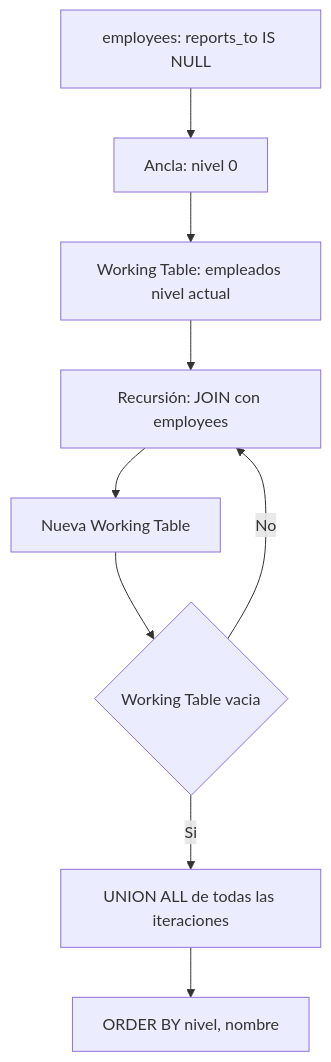
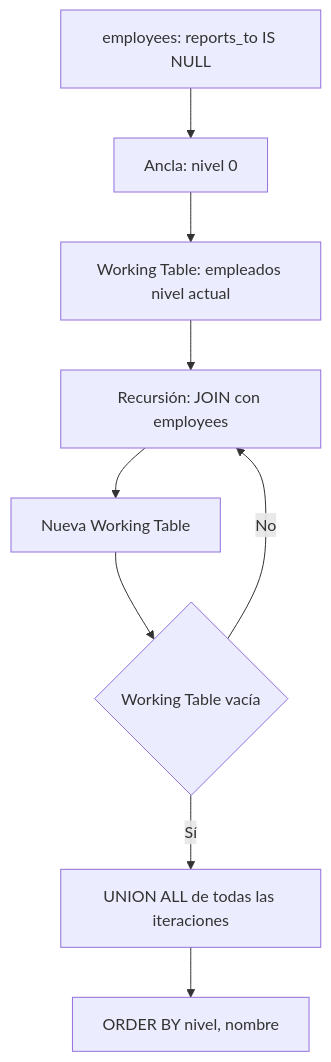
Diagram 11 of 50 in Lab/Lab01/Ejercicios/3.avanzado.md (Slinkter/ApuntesSQL), drawn with Mermaid before and after one commit. The commit also changed other lines of this file and 7 other files, not shown here.

````diff
--- a/Lab/Lab01/Ejercicios/3.avanzado.md
+++ b/Lab/Lab01/Ejercicios/3.avanzado.md
@@ -500,11 +588,11 @@
 ```mermaid
 flowchart TD
     E[employees: reports_to IS NULL] --> A[Ancla: nivel 0]
     A --> WT[Working Table: empleados nivel actual]
     WT --> R[Recursión: JOIN con employees]
     R --> WT2[Nueva Working Table]
-    WT2 --> CHECK{Working Table vacia}
+    WT2 --> CHECK{Working Table vacía}
     CHECK -->|No| R
-    CHECK -->|Si| UNION[UNION ALL de todas las iteraciones]
+    CHECK -->|Sí| UNION[UNION ALL de todas las iteraciones]
     UNION --> S[ORDER BY nivel, nombre]
 ```
````
